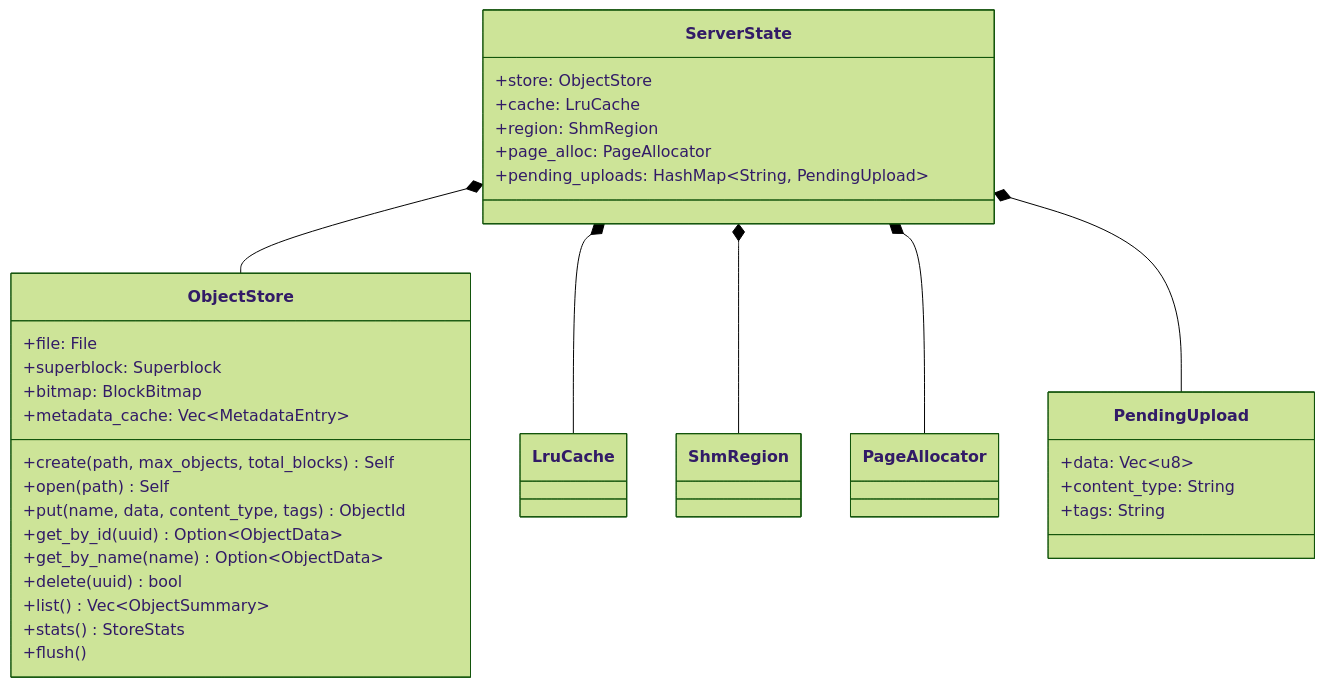
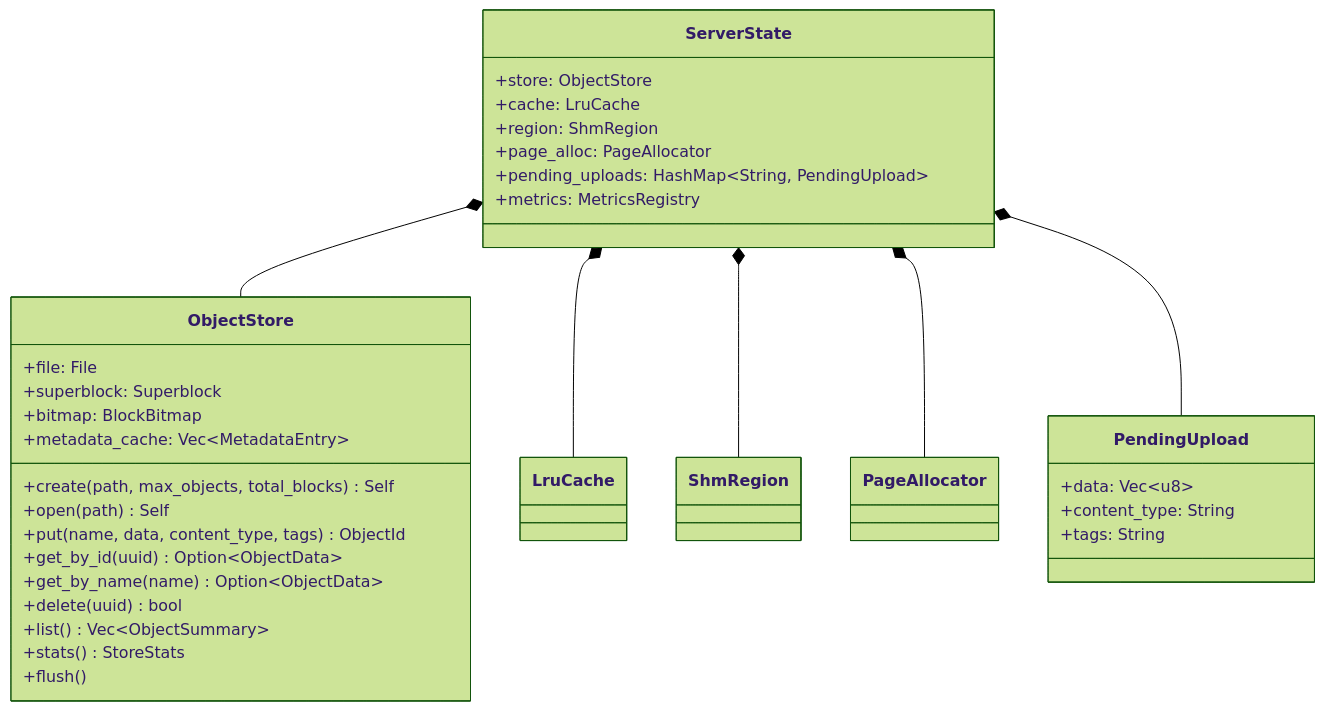
Diagram 17 of 18 in design.md (Faye-bit/MiniOS_CUG_SE_OS), drawn with Mermaid (forest theme) before and after one commit. The commit also changed other lines of this file and 4 other files, not shown here.

````diff
--- a/design.md
+++ b/design.md
@@ -777,38 +931,39 @@
 ```mermaid
 classDiagram
     class ServerState {
         +store: ObjectStore
         +cache: LruCache
         +region: ShmRegion
         +page_alloc: PageAllocator
         +pending_uploads: HashMap~String, PendingUpload~
+        +metrics: MetricsRegistry
     }
 
     class PendingUpload {
         +data: Vec~u8~
         +content_type: String
         +tags: String
     }
 
     class ObjectStore {
         +file: File
         +superblock: Superblock
         +bitmap: BlockBitmap
         +metadata_cache: Vec~MetadataEntry~
         +create(path, max_objects, total_blocks) Self
         +open(path) Self
         +put(name, data, content_type, tags) ObjectId
         +get_by_id(uuid) Option~ObjectData~
         +get_by_name(name) Option~ObjectData~
         +delete(uuid) bool
         +list() Vec~ObjectSummary~
         +stats() StoreStats
         +flush()
     }
 
     ServerState *-- ObjectStore
     ServerState *-- LruCache
     ServerState *-- ShmRegion
     ServerState *-- PageAllocator
     ServerState *-- PendingUpload
 ```
````
